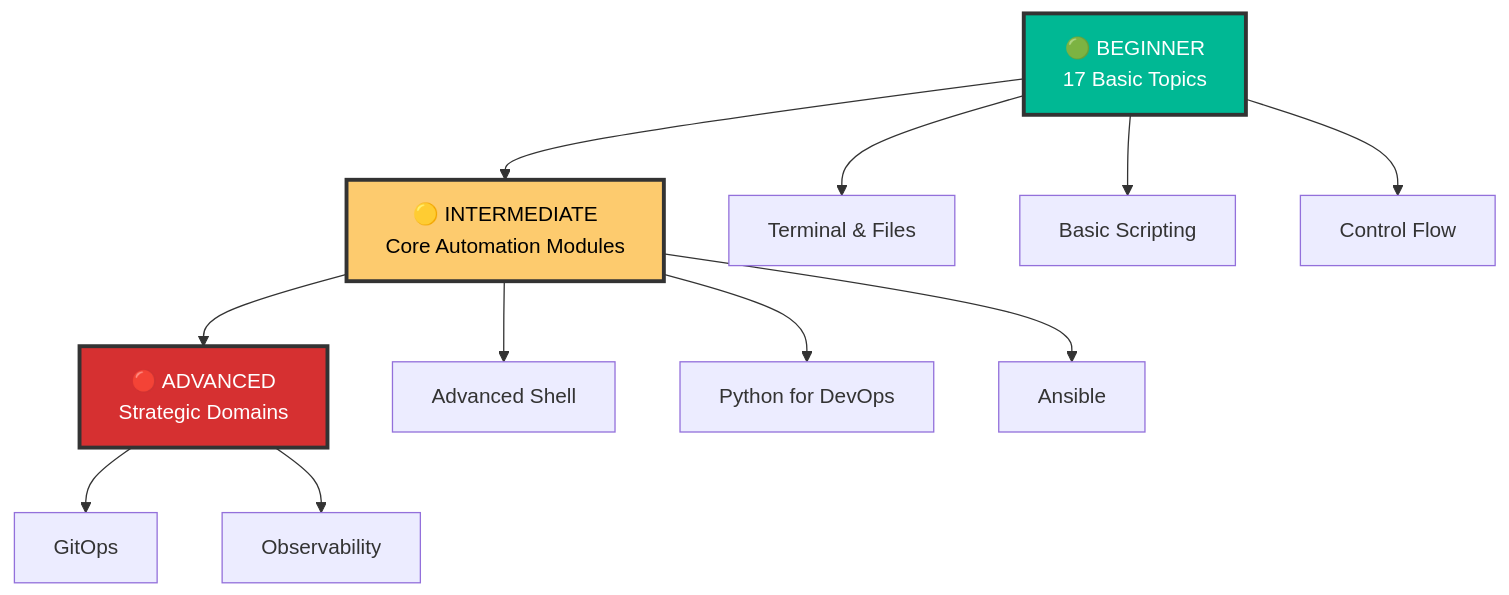
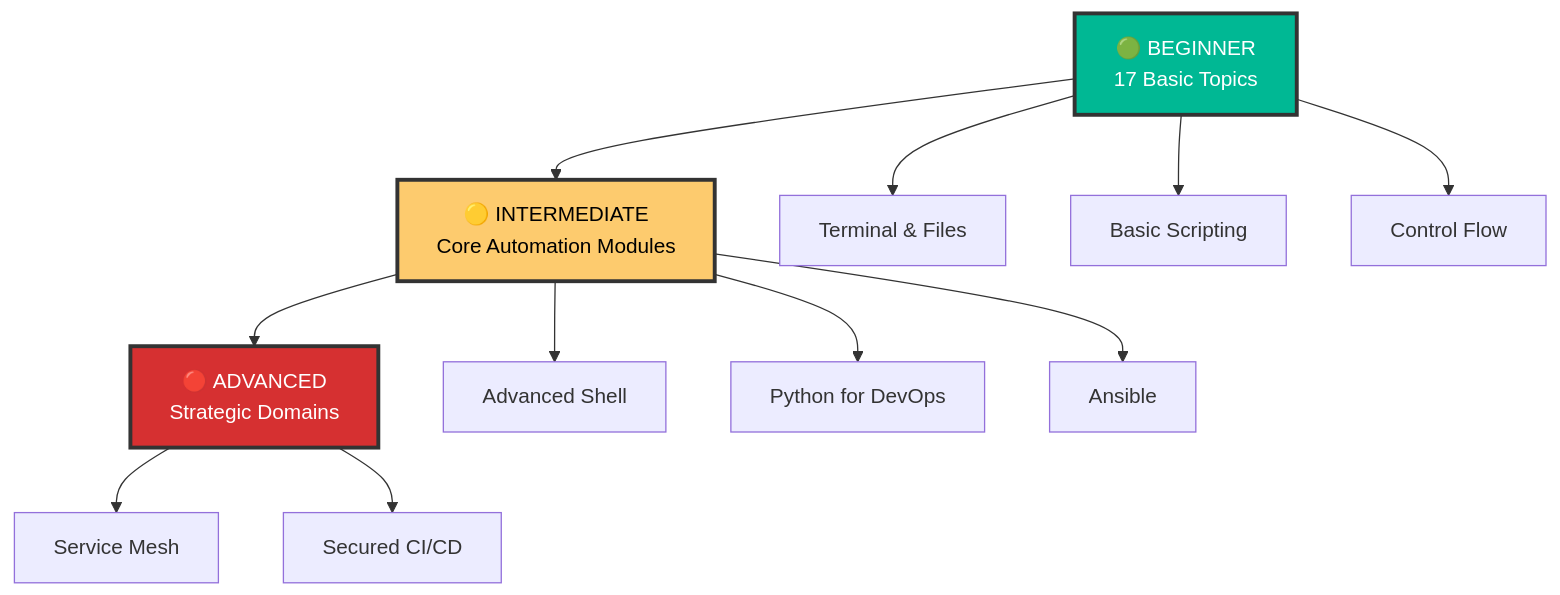
The diagram in 1-Beginner/02-Phase-2/01-Automation/README.md (Ganil151/Devops), drawn with Mermaid before and after one commit. The commit also changed other lines of this file and 22 other files, not shown here.

````diff
--- a/1-Beginner/02-Phase-2/01-Automation/README.md
+++ b/1-Beginner/02-Phase-2/01-Automation/README.md
@@ -26,20 +26,20 @@
 ```mermaid
 graph TD
     A[🟢 BEGINNER<br/>17 Basic Topics] --> B[🟡 INTERMEDIATE<br/>Core Automation Modules]
     B --> C[🔴 ADVANCED<br/>Strategic Domains]
     
     A --> A1[Terminal & Files]
     A --> A2[Basic Scripting]
     A --> A3[Control Flow]
     
     B --> B1[Advanced Shell]
     B --> B2[Python for DevOps]
     B --> B3[Ansible]
     
-    C --> C1[GitOps]
-    C --> C2[Observability]
+    C --> C3[Service Mesh]
+    C --> C4[Secured CI/CD]
     
     style A fill:#00b894,stroke:#333,stroke-width:3px,color:#fff
     style B fill:#fdcb6e,stroke:#333,stroke-width:3px,color:#000
     style C fill:#d63031,stroke:#333,stroke-width:3px,color:#fff
 ```
````
